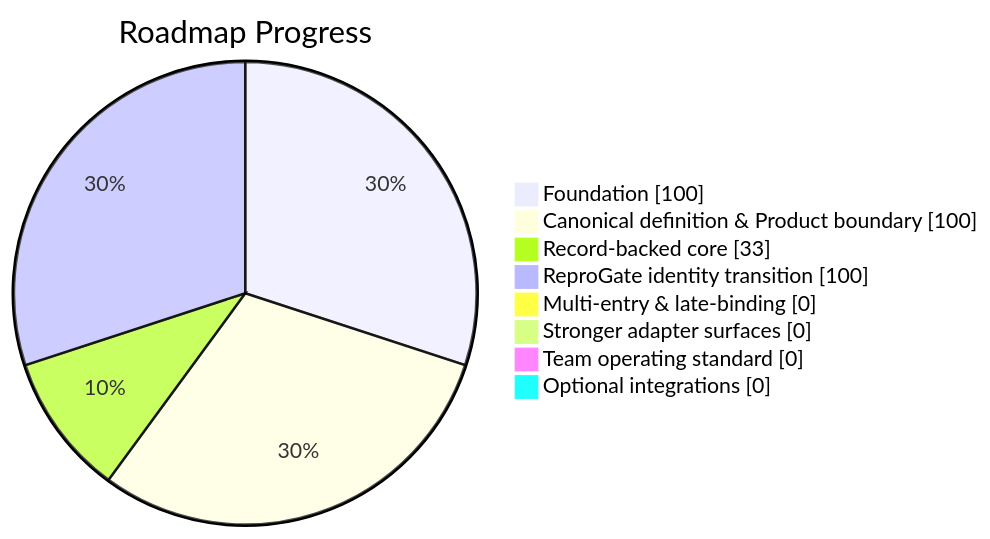
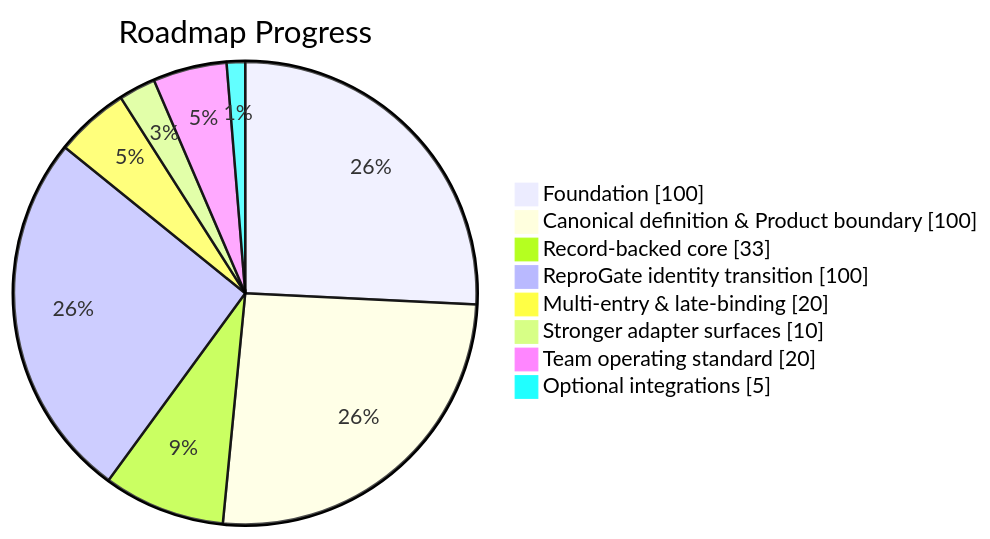
The diagram in meta/progress/progress.md (pureliture/reprogate), drawn with Mermaid before and after one commit. The commit also changed other lines of this file and 1 other file, not shown here.

````diff
--- a/meta/progress/progress.md
+++ b/meta/progress/progress.md
@@ -12,12 +12,12 @@
 ```mermaid
 pie showData
     title Roadmap Progress
     "Foundation" : 100
     "Canonical definition & Product boundary" : 100
     "Record-backed core" : 33
     "ReproGate identity transition" : 100
-    "Multi-entry & late-binding" : 0
-    "Stronger adapter surfaces" : 0
-    "Team operating standard" : 0
-    "Optional integrations" : 0
+    "Multi-entry & late-binding" : 20
+    "Stronger adapter surfaces" : 10
+    "Team operating standard" : 20
+    "Optional integrations" : 5
 ```
````
